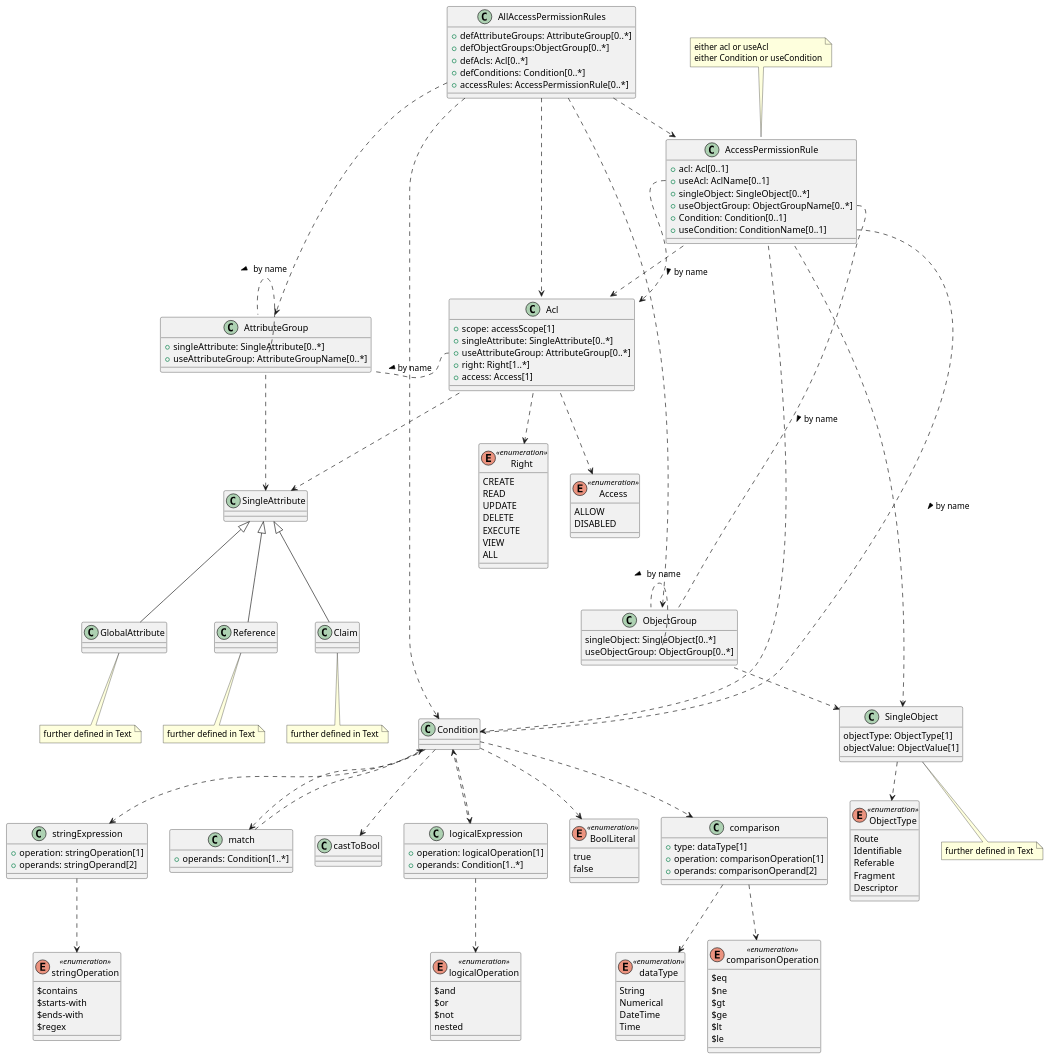
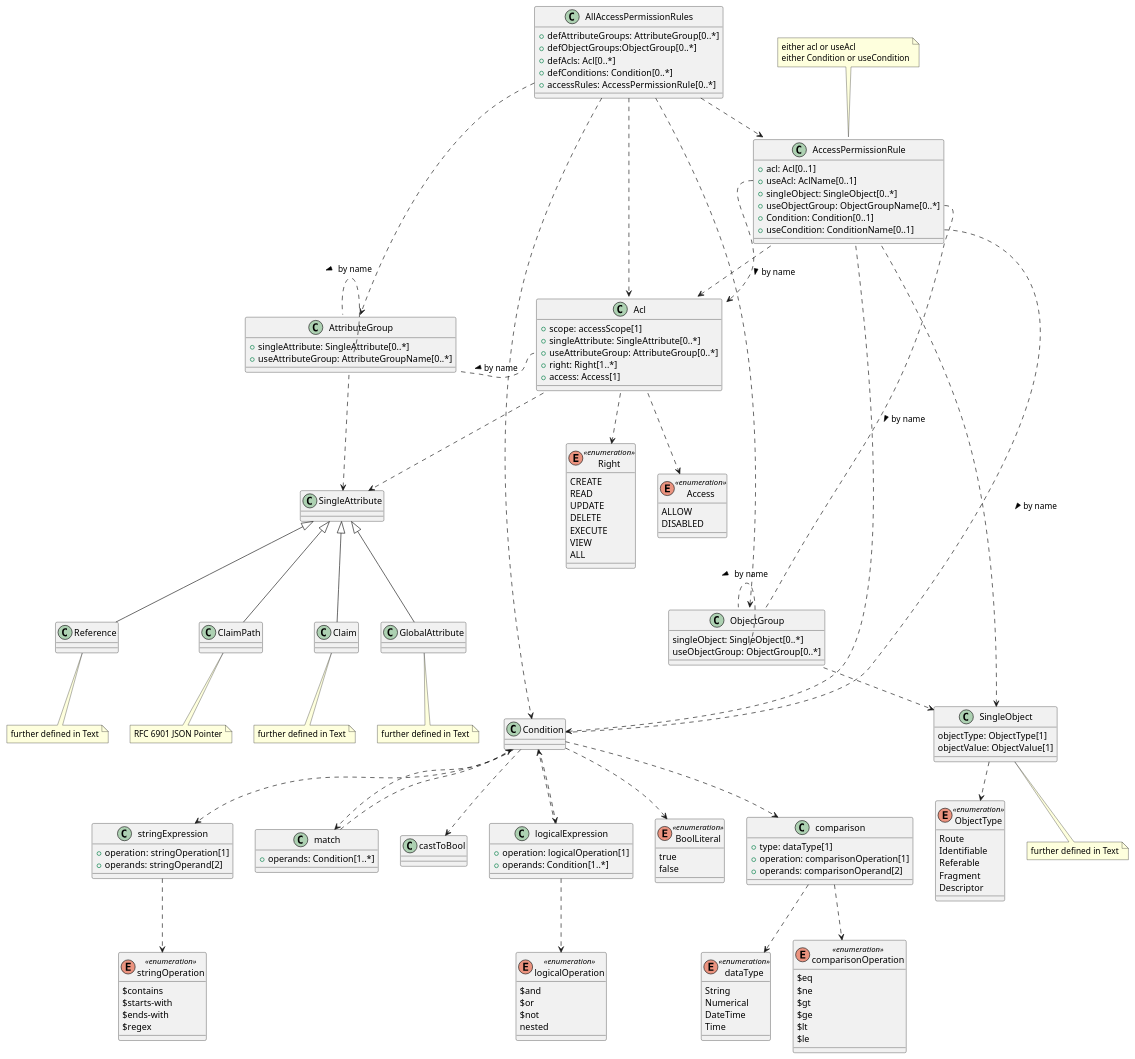
Before and after one commit to admin-shell-io/aas-specs-security: the diagram in documentation/IDTA-01004/modules/ROOT/partials/diagrams/access-rule-model.puml, drawn with PlantUML. The commit also changed 14 other files, not shown here.

```diff
--- a/documentation/IDTA-01004/modules/ROOT/partials/diagrams/access-rule-model.puml
+++ b/documentation/IDTA-01004/modules/ROOT/partials/diagrams/access-rule-model.puml
@@ -50,6 +50,12 @@
 	further defined in Text
   end note
 
+  class ClaimPath {
+  }
+  note bottom of ClaimPath
+    RFC 6901 JSON Pointer
+  end note
+
   class GlobalAttribute {
   }
   note bottom of GlobalAttribute
@@ -63,6 +69,7 @@
   end note
 
   SingleAttribute <|-- Claim
+  SingleAttribute <|-- ClaimPath
   SingleAttribute <|-- GlobalAttribute
   SingleAttribute <|-- Reference
 }
```
